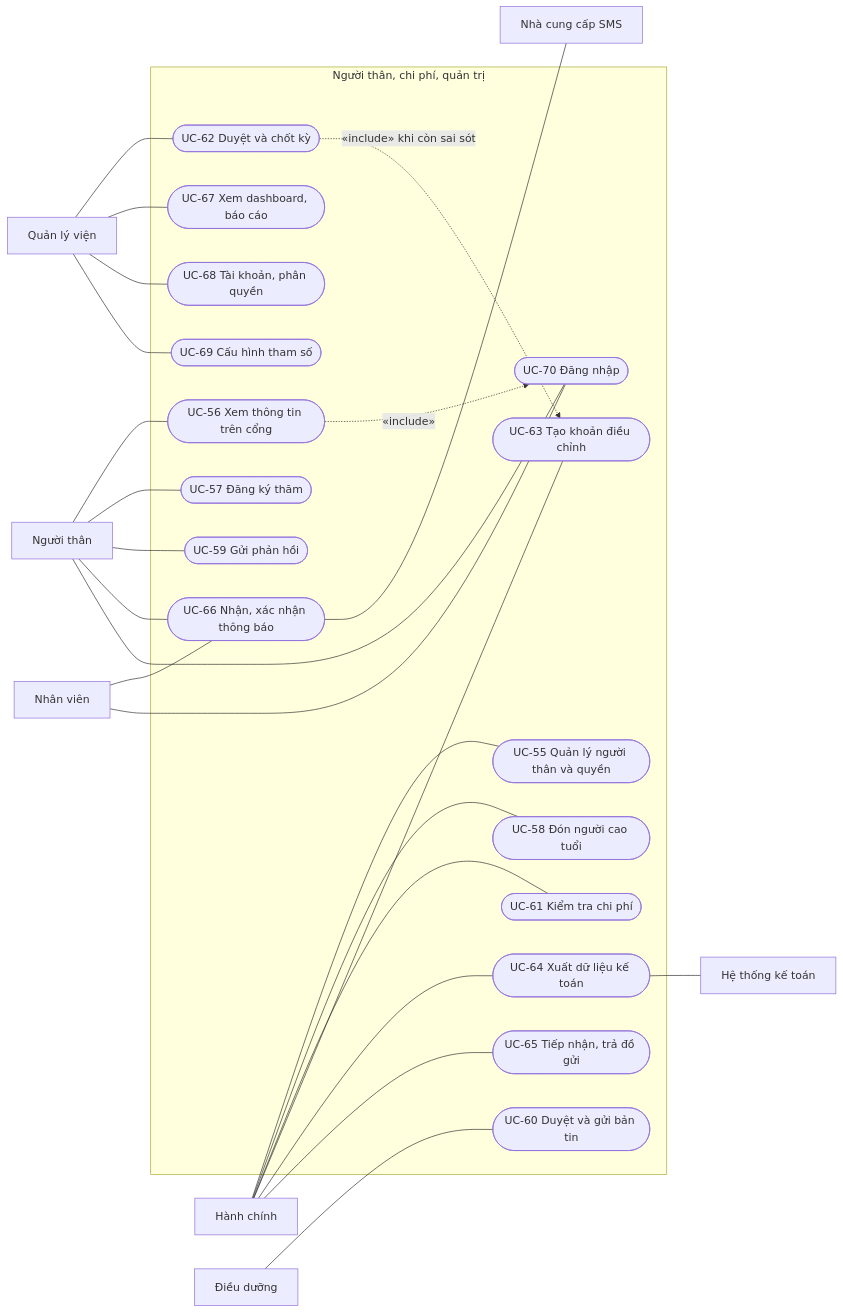
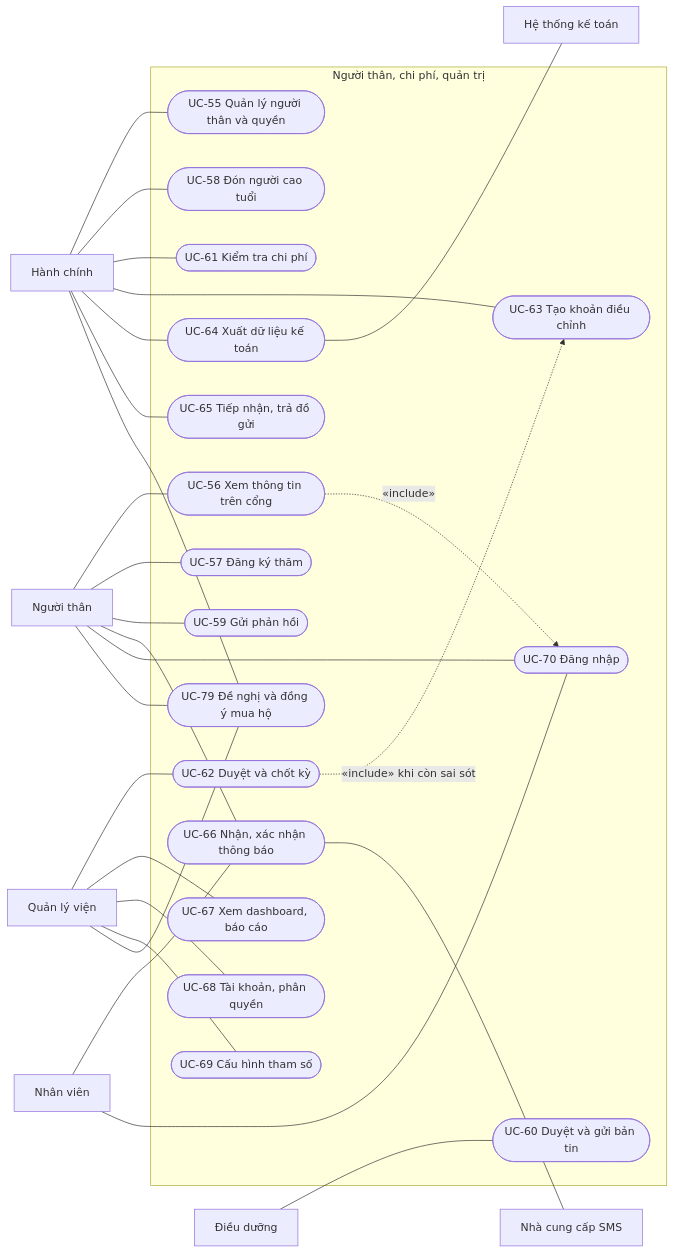
Diagram 17 of 17 in docs/phan-tich-yeu-cau.md (longdvhe170204/Elder_Care), drawn with Mermaid before and after one commit. The commit also changed other lines of this file and 19 other files, not shown here.

````diff
--- a/docs/phan-tich-yeu-cau.md
+++ b/docs/phan-tich-yeu-cau.md
@@ -858,50 +868,54 @@
 ```mermaid
 flowchart LR
     NT["Người thân"]
     HC["Hành chính"]
     DD["Điều dưỡng"]
     QL["Quản lý viện"]
     NV["Nhân viên"]
     KT["Hệ thống kế toán"]
     SMS["Nhà cung cấp SMS"]
     subgraph SYS[Người thân, chi phí, quản trị]
         U55(["UC-55 Quản lý người thân và quyền"])
         U56(["UC-56 Xem thông tin trên cổng"])
         U57(["UC-57 Đăng ký thăm"])
         U58(["UC-58 Đón người cao tuổi"])
         U59(["UC-59 Gửi phản hồi"])
         U60(["UC-60 Duyệt và gửi bản tin"])
         U61(["UC-61 Kiểm tra chi phí"])
         U62(["UC-62 Duyệt và chốt kỳ"])
         U63(["UC-63 Tạo khoản điều chỉnh"])
         U64(["UC-64 Xuất dữ liệu kế toán"])
+        U79(["UC-79 Đề nghị và đồng ý mua hộ"])
         U65(["UC-65 Tiếp nhận, trả đồ gửi"])
         U66(["UC-66 Nhận, xác nhận thông báo"])
         U67(["UC-67 Xem dashboard, báo cáo"])
         U68(["UC-68 Tài khoản, phân quyền"])
         U69(["UC-69 Cấu hình tham số"])
         U70(["UC-70 Đăng nhập"])
     end
     HC --- U55
     NT --- U56
     NT --- U57
     NT --- U59
     NT --- U66
     NT --- U70
     HC --- U58
     DD --- U60
     HC --- U61
     HC --- U63
     HC --- U64
     HC --- U65
     QL --- U62
     QL --- U67
     QL --- U68
     QL --- U69
     NV --- U66
     NV --- U70
     U64 --- KT
     U66 --- SMS
     U56 -. "«include»" .-> U70
     U62 -. "«include» khi còn sai sót" .-> U63
+    HC --- U79
+    NT --- U79
+    QL --- U79
 ```
````
